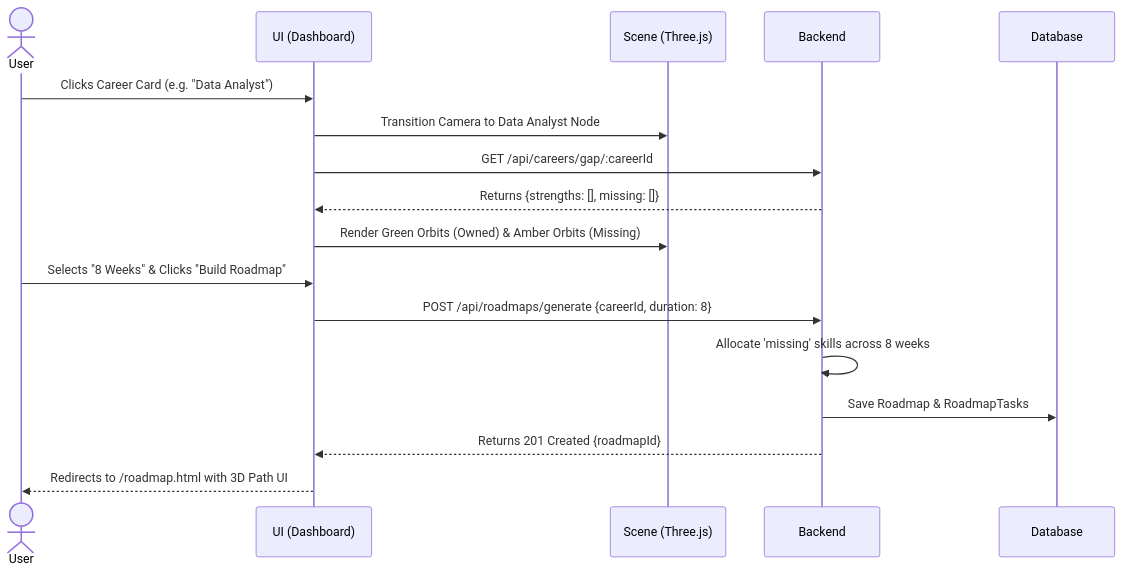
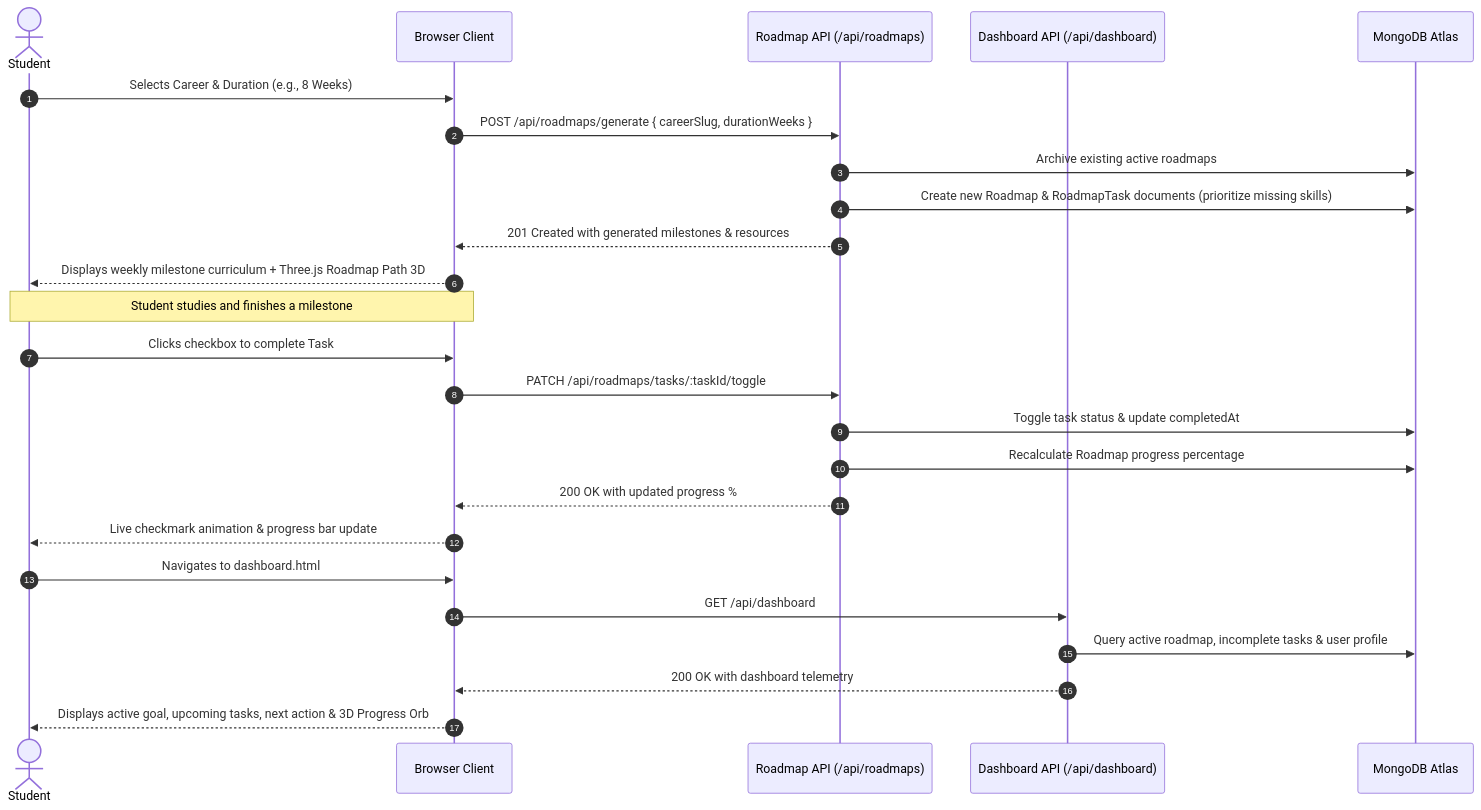
Before and after one commit to parthpatil1234p-svg/disheera: the fourth of 4 diagrams in docs/APP-FLOW.md, drawn with Mermaid. The commit also changed other lines of this file and 30 other files, not shown here.

````diff
--- a/docs/APP-FLOW.md
+++ b/docs/APP-FLOW.md
@@ -71,21 +96,30 @@
 ```mermaid
 sequenceDiagram
-    actor User
-    participant UI (Dashboard)
-    participant Scene (Three.js)
-    participant Backend
+    autonumber
+    actor Student as Student
+    participant Browser as Browser Client
+    participant RoadmapAPI as Roadmap API (/api/roadmaps)
+    participant DashAPI as Dashboard API (/api/dashboard)
+    participant DB as MongoDB Atlas
 
-    User->>UI (Dashboard): Clicks Career Card (e.g. "Data Analyst")
-    UI (Dashboard)->>Scene (Three.js): Transition Camera to Data Analyst Node
-    UI (Dashboard)->>Backend: GET /api/careers/gap/:careerId
-    Backend-->>UI (Dashboard): Returns {strengths: [], missing: []}
-    UI (Dashboard)->>Scene (Three.js): Render Green Orbits (Owned) & Amber Orbits (Missing)
-    
-    User->>UI (Dashboard): Selects "8 Weeks" & Clicks "Build Roadmap"
-    UI (Dashboard)->>Backend: POST /api/roadmaps/generate {careerId, duration: 8}
-    Backend->>Backend: Allocate 'missing' skills across 8 weeks
-    Backend->>Database: Save Roadmap & RoadmapTasks
-    Backend-->>UI (Dashboard): Returns 201 Created {roadmapId}
-    
-    UI (Dashboard)-->>User: Redirects to /roadmap.html with 3D Path UI
+    Student->>Browser: Selects Career & Duration (e.g., 8 Weeks)
+    Browser->>RoadmapAPI: POST /api/roadmaps/generate { careerSlug, durationWeeks }
+    RoadmapAPI->>DB: Archive existing active roadmaps
+    RoadmapAPI->>DB: Create new Roadmap & RoadmapTask documents (prioritize missing skills)
+    RoadmapAPI-->>Browser: 201 Created with generated milestones & resources
+    Browser-->>Student: Displays weekly milestone curriculum + Three.js Roadmap Path 3D
+
+    Note over Student,Browser: Student studies and finishes a milestone
+    Student->>Browser: Clicks checkbox to complete Task #1
+    Browser->>RoadmapAPI: PATCH /api/roadmaps/tasks/:taskId/toggle
+    RoadmapAPI->>DB: Toggle task status & update completedAt
+    RoadmapAPI->>DB: Recalculate Roadmap progress percentage
+    RoadmapAPI-->>Browser: 200 OK with updated progress %
+    Browser-->>Student: Live checkmark animation & progress bar update
+
+    Student->>Browser: Navigates to dashboard.html
+    Browser->>DashAPI: GET /api/dashboard
+    DashAPI->>DB: Query active roadmap, incomplete tasks & user profile
+    DashAPI-->>Browser: 200 OK with dashboard telemetry
+    Browser-->>Student: Displays active goal, upcoming tasks, next action & 3D Progress Orb
 ```
````
